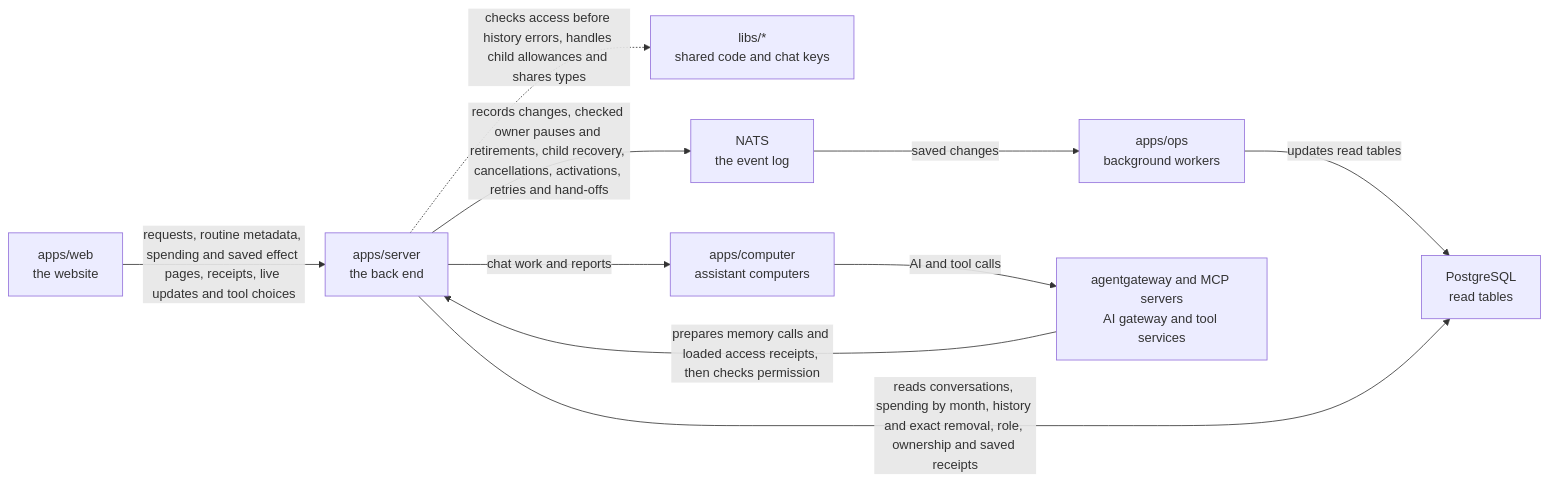
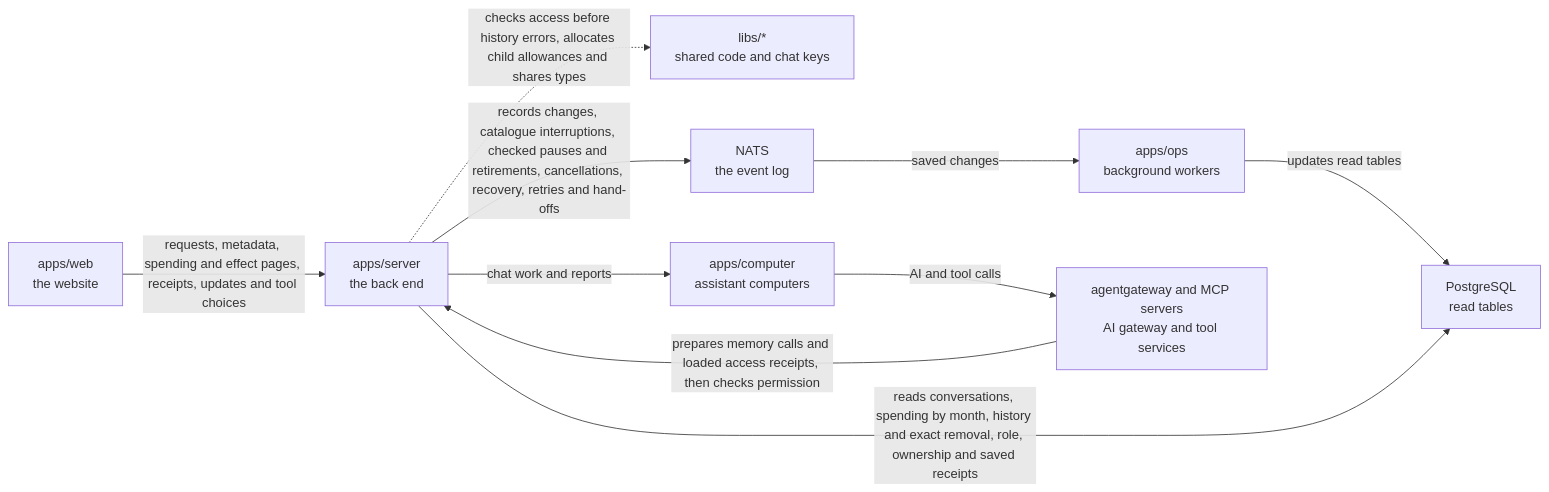
Before and after one commit to elewa-git/opencrane-new: the diagram in apps/server/README.md, drawn with Mermaid. The commit also changed other lines of this file and 7 other files, not shown here.

Commit message:
🛠️ End approvals before removing a catalogue watch

````diff
--- a/apps/server/README.md
+++ b/apps/server/README.md
@@ -50,12 +52,12 @@
 ```mermaid
 flowchart LR
-  web["apps/web<br/>the website"] -->|requests, routine metadata, spending and saved effect pages, receipts, live updates and tool choices| server["apps/server<br/>the back end"]
-  server -.->|checks access before history errors, handles child allowances and shares types| libs["libs/*<br/>shared code and chat keys"]
-  server -->|records changes, checked owner pauses and retirements, child recovery, cancellations, activations, retries and hand-offs| nats["NATS<br/>the event log"]
+  web["apps/web<br/>the website"] -->|requests, metadata, spending and effect pages, receipts, updates and tool choices| server["apps/server<br/>the back end"]
+  server -.->|checks access before history errors, allocates child allowances and shares types| libs["libs/*<br/>shared code and chat keys"]
+  server -->|records changes, catalogue interruptions, checked pauses and retirements, cancellations, recovery, retries and hand-offs| nats["NATS<br/>the event log"]
   nats -->|saved changes| ops["apps/ops<br/>background workers"]
   ops -->|updates read tables| postgres["PostgreSQL<br/>read tables"]
   server -->|reads conversations, spending by month, history and exact removal, role, ownership and saved receipts| postgres
   server -->|chat work and reports| computer["apps/computer<br/>assistant computers"]
   computer -->|AI and tool calls| runtime["agentgateway and MCP servers<br/>AI gateway and tool services"]
   runtime -->|prepares memory calls and loaded access receipts, then checks permission| server
 ```
````
